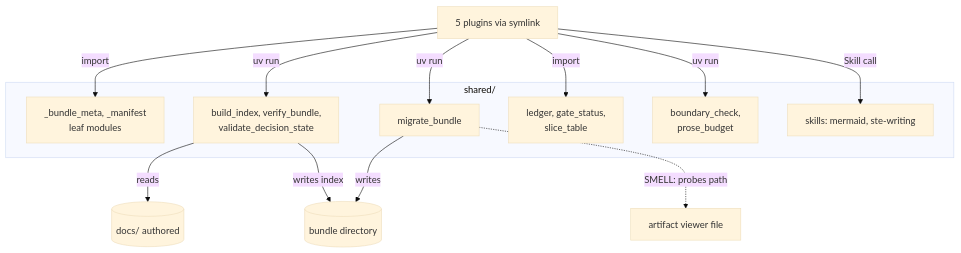
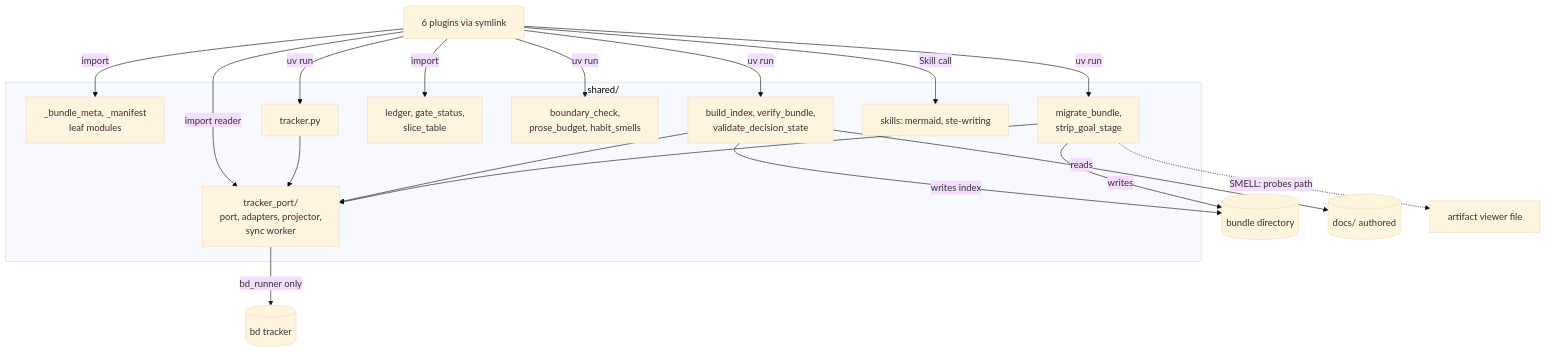
One commit to bjornslib/cobuilder-plugin changed the first of 2 diagrams in docs/architecture/contexts/shared/canvas.md. Above: the diagram before and after it, drawn with Mermaid (base theme). The commit also changed other lines of this file and 18 other files, not shown here.

````diff
--- a/docs/architecture/contexts/shared/canvas.md
+++ b/docs/architecture/contexts/shared/canvas.md
@@ -79,26 +89,35 @@
 ```mermaid
 flowchart TB
     subgraph sh["shared/"]
         meta["_bundle_meta, _manifest<br/>leaf modules"]
         idx["build_index, verify_bundle,<br/>validate_decision_state"]
-        mig["migrate_bundle"]
+        mig["migrate_bundle,<br/>strip_goal_stage"]
         led["ledger, gate_status,<br/>slice_table"]
-        chk["boundary_check,<br/>prose_budget"]
+        chk["boundary_check,<br/>prose_budget, habit_smells"]
+        trk["tracker.py"]
+        tp["tracker_port/<br/>port, adapters, projector,<br/>sync worker"]
         skl["skills: mermaid, ste-writing"]
     end
-    plugins["5 plugins via symlink"]
+    plugins["6 plugins via symlink"]
     bundle[("bundle directory")]
     docs[("docs/ authored")]
+    bd[("bd tracker")]
     viewer["artifact viewer file"]
 
     plugins -->|import| meta
     plugins -->|import| led
+    plugins -->|import reader| tp
     plugins -->|uv run| idx
     plugins -->|uv run| mig
     plugins -->|uv run| chk
+    plugins -->|uv run| trk
     plugins -->|Skill call| skl
+    trk --> tp
+    idx --> tp
+    mig --> tp
+    tp -->|bd_runner only| bd
     idx -->|reads| docs
     idx -->|writes index| bundle
     mig -->|writes| bundle
     mig -.->|SMELL: probes path| viewer
 ```
````
